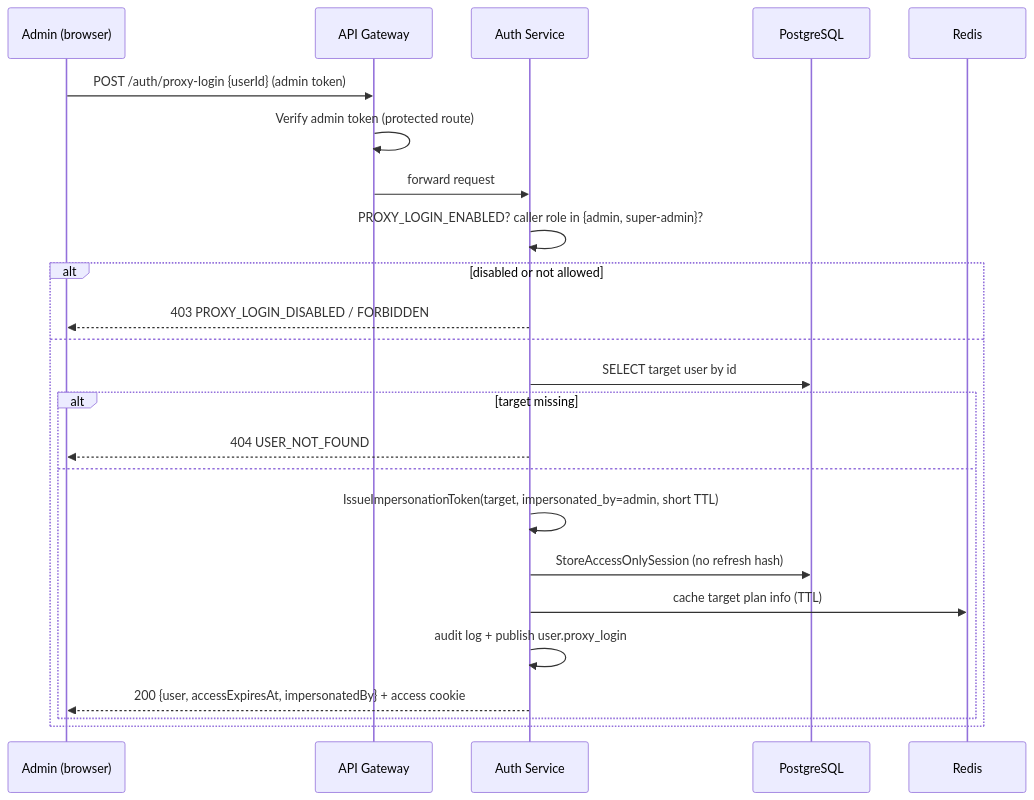
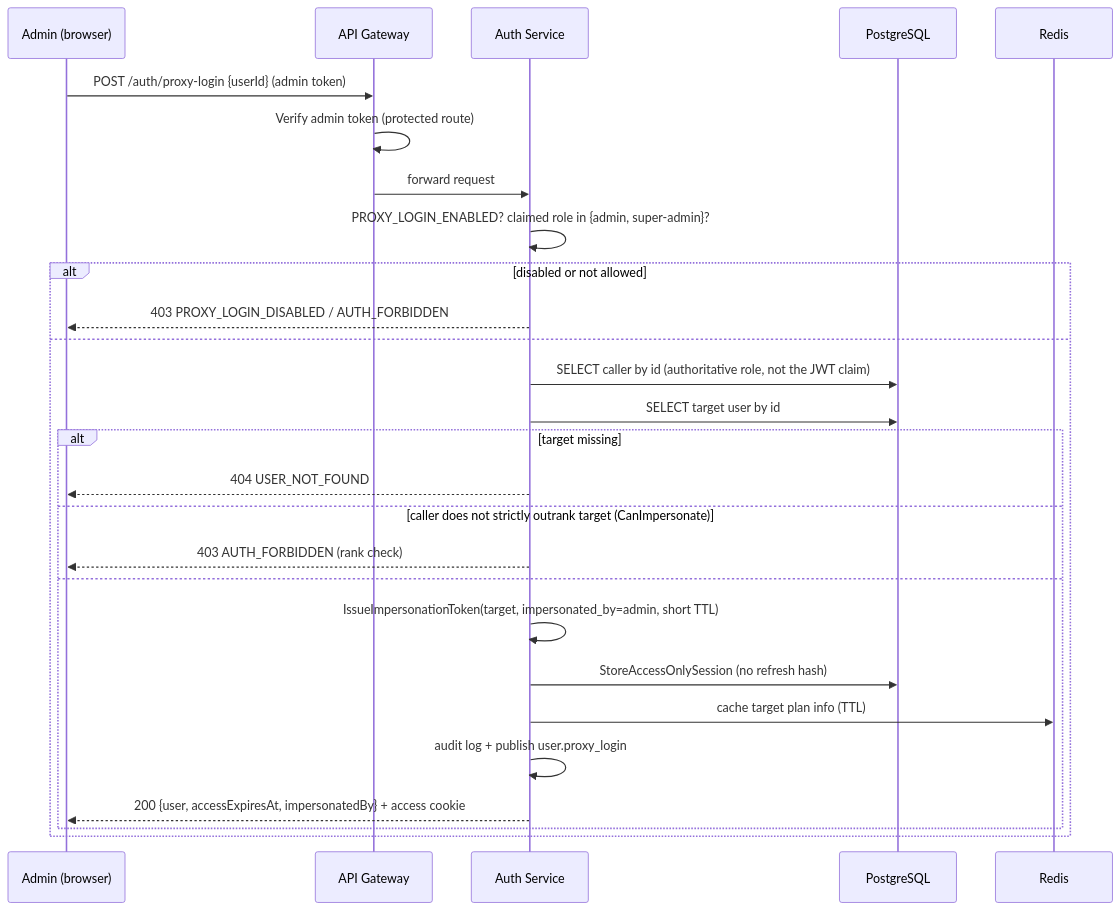
One commit to code-farms/fyredocs_backend changed the ninth of 9 diagrams in docs/developer/services/auth-service.md. Above: the diagram before and after it, drawn with Mermaid. The commit also changed other lines of this file and 162 other files, not shown here.

````diff
--- a/docs/developer/services/auth-service.md
+++ b/docs/developer/services/auth-service.md
@@ -446,27 +476,30 @@
 ```mermaid
 sequenceDiagram
     participant Admin as Admin (browser)
     participant GW as API Gateway
     participant AS as Auth Service
     participant DB as PostgreSQL
     participant R as Redis
 
     Admin->>GW: POST /auth/proxy-login {userId} (admin token)
     GW->>GW: Verify admin token (protected route)
     GW->>AS: forward request
-    AS->>AS: PROXY_LOGIN_ENABLED? caller role in {admin, super-admin}?
+    AS->>AS: PROXY_LOGIN_ENABLED? claimed role in {admin, super-admin}?
     alt disabled or not allowed
-        AS-->>Admin: 403 PROXY_LOGIN_DISABLED / FORBIDDEN
+        AS-->>Admin: 403 PROXY_LOGIN_DISABLED / AUTH_FORBIDDEN
     else
+        AS->>DB: SELECT caller by id (authoritative role, not the JWT claim)
         AS->>DB: SELECT target user by id
         alt target missing
             AS-->>Admin: 404 USER_NOT_FOUND
+        else caller does not strictly outrank target (CanImpersonate)
+            AS-->>Admin: 403 AUTH_FORBIDDEN (rank check)
         else
             AS->>AS: IssueImpersonationToken(target, impersonated_by=admin, short TTL)
             AS->>DB: StoreAccessOnlySession (no refresh hash)
             AS->>R: cache target plan info (TTL)
             AS->>AS: audit log + publish user.proxy_login
             AS-->>Admin: 200 {user, accessExpiresAt, impersonatedBy} + access cookie
         end
     end
 ```
````
